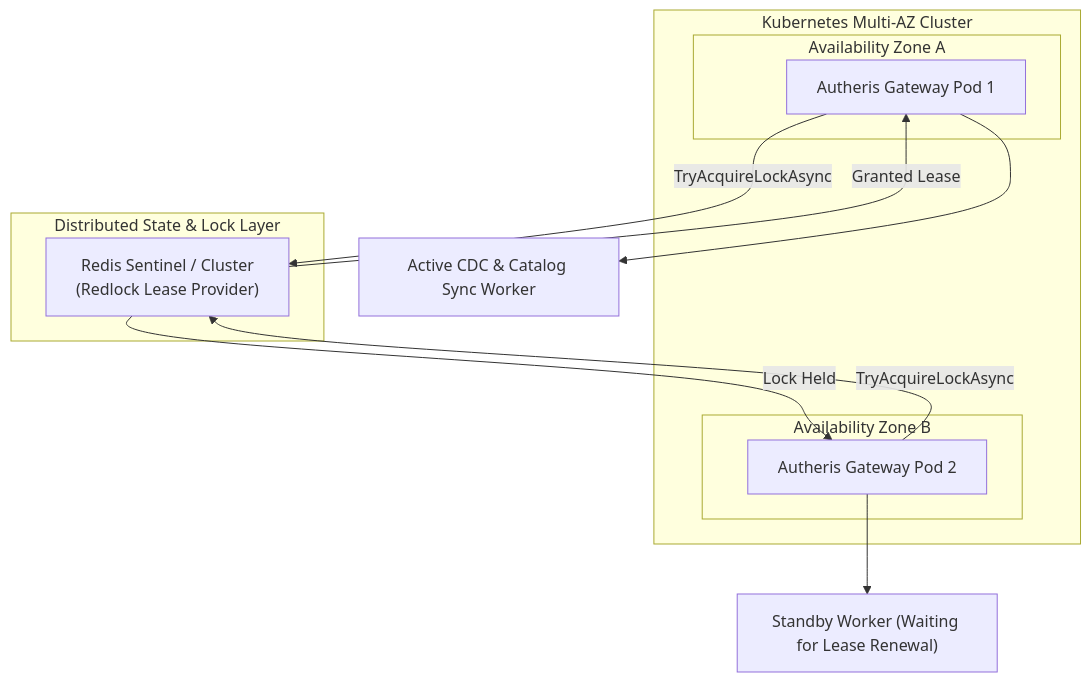
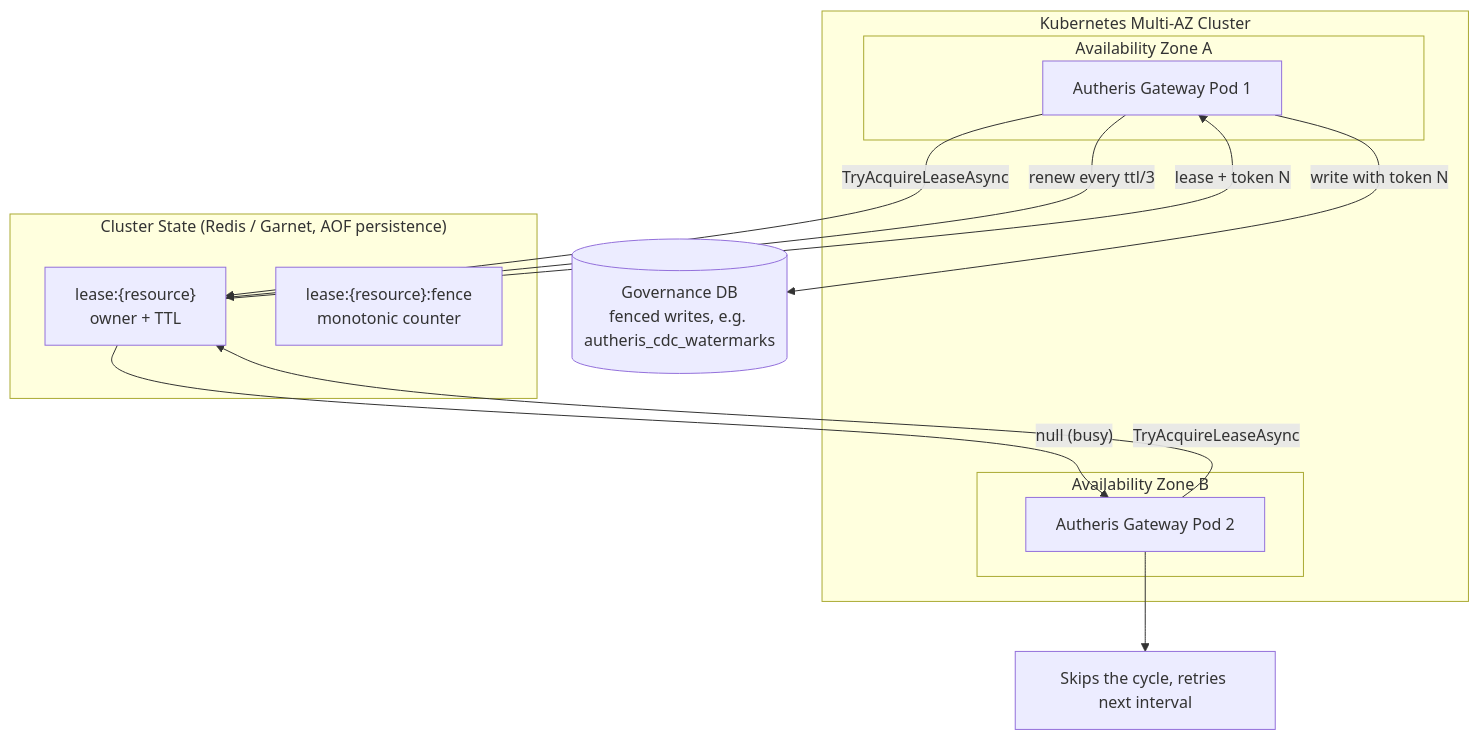
The diagram in docs/features/f-ops-02-high-availability-kubernetes-helm.md (themulle/autheris), drawn with Mermaid before and after one commit. The commit also changed other lines of this file and 10 other files, not shown here.

````diff
--- a/docs/features/f-ops-02-high-availability-kubernetes-helm.md
+++ b/docs/features/f-ops-02-high-availability-kubernetes-helm.md
@@ -30,24 +29,26 @@
 ```mermaid
 flowchart TD
     subgraph K8s_Cluster["Kubernetes Multi-AZ Cluster"]
         subgraph Zone_A["Availability Zone A"]
             POD1["Autheris Gateway Pod 1"]
         end
         subgraph Zone_B["Availability Zone B"]
             POD2["Autheris Gateway Pod 2"]
         end
     end
     
-    subgraph State_Layer["Distributed State & Lock Layer"]
-        REDIS["Redis Sentinel / Cluster<br/>(Redlock Lease Provider)"]
+    subgraph State_Layer["Cluster State (Redis / Garnet, AOF persistence)"]
+        LEASE["lease:{resource}<br/>owner + TTL"]
+        FENCE["lease:{resource}:fence<br/>monotonic counter"]
     end
+
+    GOVDB[("Governance DB<br/>fenced writes, e.g. autheris_cdc_watermarks")]
     
-    POD1 -- TryAcquireLockAsync --> REDIS
-    POD2 -- TryAcquireLockAsync --> REDIS
-    
-    REDIS -- Granted Lease --> POD1
-    REDIS -- Lock Held --> POD2
-    
-    POD1 --> WORKER["Active CDC & Catalog Sync Worker"]
-    POD2 --> STANDBY["Standby Worker (Waiting for Lease Renewal)"]
+    POD1 -- TryAcquireLeaseAsync --> LEASE
+    POD2 -- TryAcquireLeaseAsync --> LEASE
+    LEASE -- "lease + token N" --> POD1
+    LEASE -- "null (busy)" --> POD2
+    POD1 -- "renew every ttl/3" --> LEASE
+    POD1 -- "write with token N" --> GOVDB
+    POD2 --> SKIP["Skips the cycle, retries next interval"]
 ```
````
